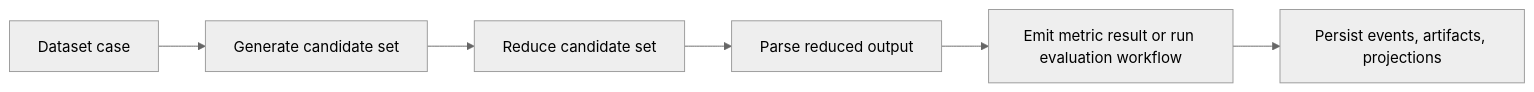
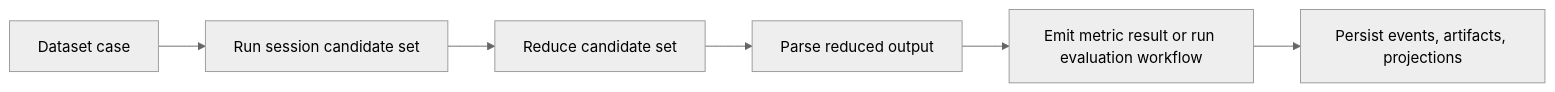
Before and after one commit to Pittawat2542/themis: the diagram in docs/explanation/case-lifecycle.md, drawn with Mermaid (neutral theme). The commit also changed other lines of this file and 33 other files, not shown here.

````diff
--- a/docs/explanation/case-lifecycle.md
+++ b/docs/explanation/case-lifecycle.md
@@ -20,8 +20,8 @@
 ```mermaid
 flowchart LR
-    A["Dataset case"] --> B["Generate candidate set"]
+    A["Dataset case"] --> B["Run session candidate set"]
     B --> C["Reduce candidate set"]
     C --> D["Parse reduced output"]
     D --> E["Emit metric result or run evaluation workflow"]
     E --> F["Persist events, artifacts, projections"]
 ```
````
